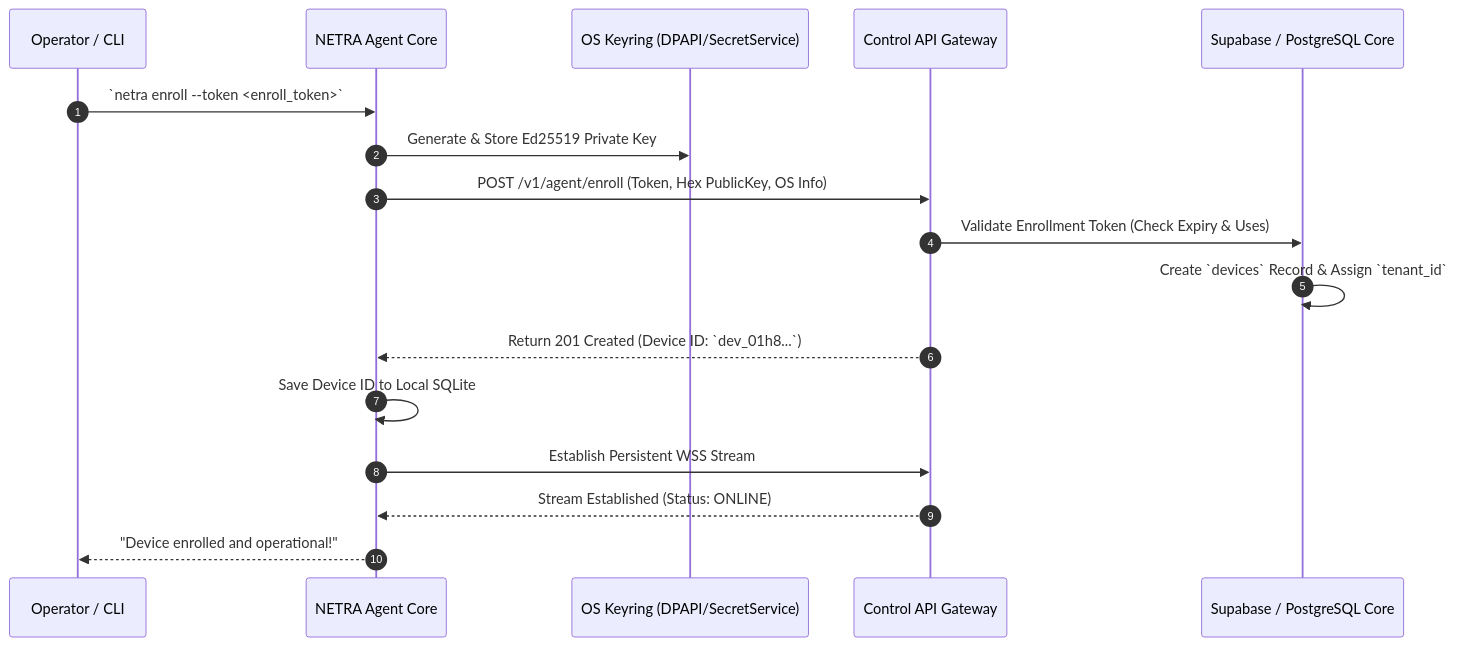
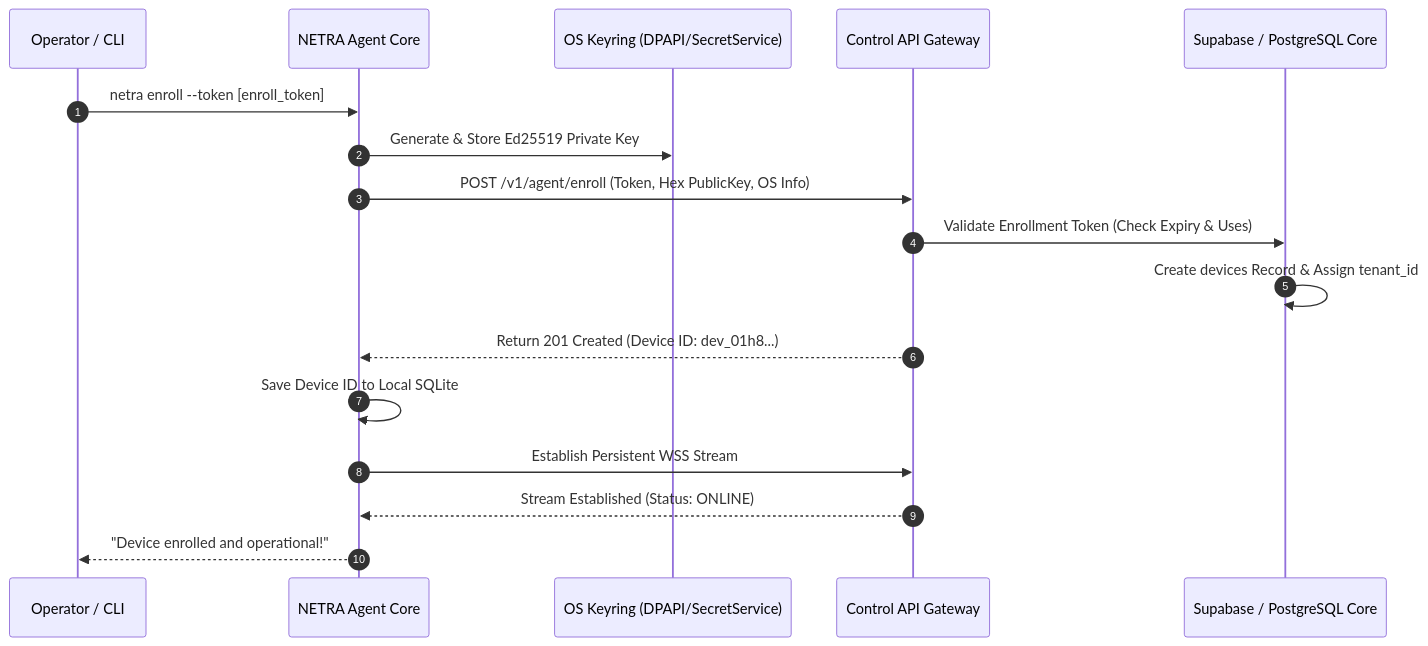
Before and after one commit to Subhadip-Paul2006/NETRA-Backend: diagram 12 of 13 in docs/SYSTEM_DESIGN.md, drawn with Mermaid. The commit also changed other lines of this file and 14 other files, not shown here.

Commit message:
fix(docs): resolve GitHub Mermaid diagram lexical errors and KaTeX math formatting across all specifications

````diff
--- a/docs/SYSTEM_DESIGN.md
+++ b/docs/SYSTEM_DESIGN.md
@@ -395,20 +395,20 @@
 ```mermaid
 sequenceDiagram
     autonumber
     participant CLI as Operator / CLI
     participant Agent as NETRA Agent Core
     participant Keyring as OS Keyring (DPAPI/SecretService)
     participant Gateway as Control API Gateway
     participant Supabase as Supabase / PostgreSQL Core
 
-    CLI->>Agent: `netra enroll --token <enroll_token>`
+    CLI->>Agent: netra enroll --token [enroll_token]
     Agent->>Keyring: Generate & Store Ed25519 Private Key
     Agent->>Gateway: POST /v1/agent/enroll (Token, Hex PublicKey, OS Info)
     Gateway->>Supabase: Validate Enrollment Token (Check Expiry & Uses)
-    Supabase->>Supabase: Create `devices` Record & Assign `tenant_id`
-    Gateway-->>Agent: Return 201 Created (Device ID: `dev_01h8...`)
+    Supabase->>Supabase: Create devices Record & Assign tenant_id
+    Gateway-->>Agent: Return 201 Created (Device ID: dev_01h8...)
     Agent->>Agent: Save Device ID to Local SQLite
     Agent->>Gateway: Establish Persistent WSS Stream
     Gateway-->>Agent: Stream Established (Status: ONLINE)
     Agent-->>CLI: "Device enrolled and operational!"
 ```
````
